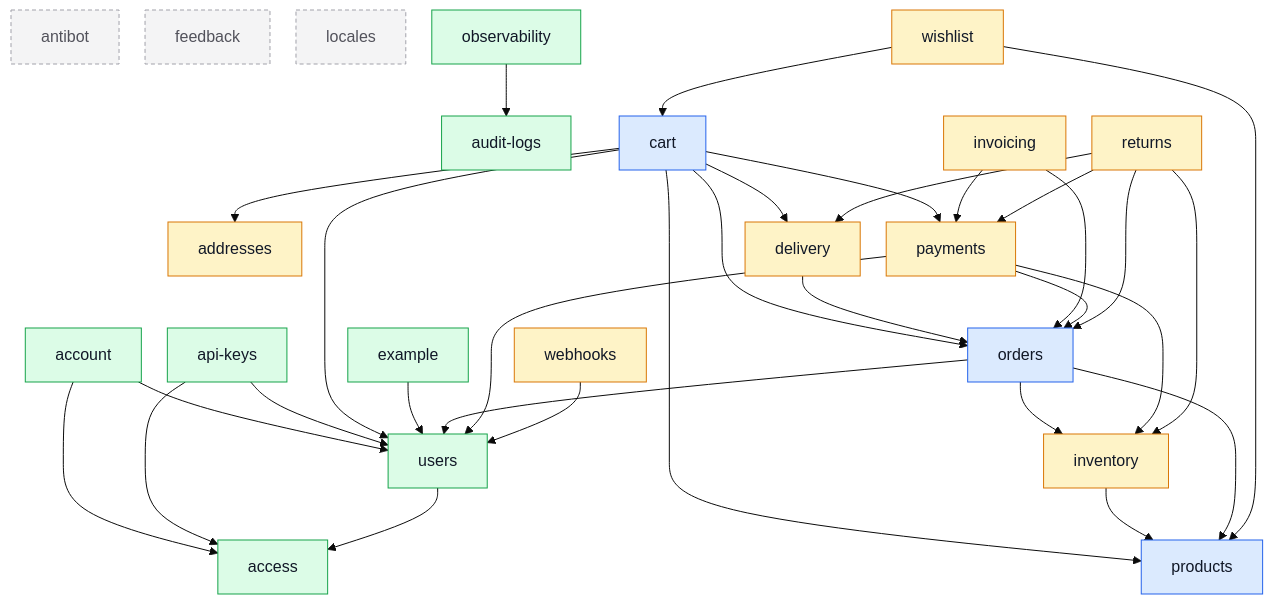
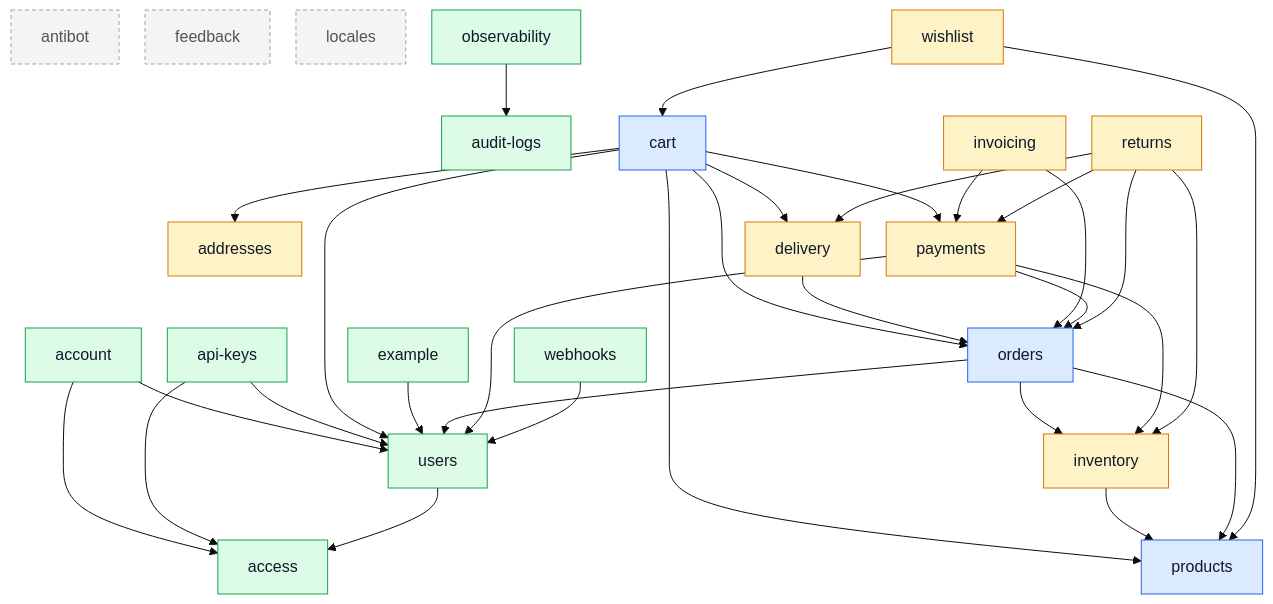
One commit to Guebbit/boilerplate-node-backend changed the diagram in docs/modules/index.md. Above: the diagram before and after it, drawn with Mermaid (base theme). The commit also changed 4 other files, not shown here.

First line of the commit message:
docs(modules): file webhooks as generic and say the kernel is mongo-only

````diff
--- a/docs/modules/index.md
+++ b/docs/modules/index.md
@@ -40,65 +40,65 @@
 ```mermaid
 %%{init: {'flowchart': {'nodeSpacing': 26, 'rankSpacing': 52}}}%%
 flowchart TD
     access
     account
     addresses
     antibot
     api_keys["api-keys"]
     audit_logs["audit-logs"]
     cart
     delivery
     example
     feedback
     inventory
     invoicing
     locales
     observability
     orders
     payments
     products
     returns
     users
     webhooks
     wishlist
 
     account --> access
     account --> users
     api_keys --> access
     api_keys --> users
     cart --> addresses
     cart --> delivery
     cart --> orders
     cart --> payments
     cart --> products
     cart --> users
     delivery --> orders
     example --> users
     inventory --> products
     invoicing --> orders
     invoicing --> payments
     observability --> audit_logs
     orders --> inventory
     orders --> products
     orders --> users
     payments --> inventory
     payments --> orders
     payments --> users
     returns --> delivery
     returns --> inventory
     returns --> orders
     returns --> payments
     users --> access
     webhooks --> users
     wishlist --> cart
     wishlist --> products
 
     classDef core fill:#dbeafe,stroke:#2563eb,color:#111827;
     classDef supporting fill:#fef3c7,stroke:#d97706,color:#111827;
     classDef generic fill:#dcfce7,stroke:#16a34a,color:#111827;
     classDef isolated fill:#f4f4f5,stroke:#a1a1aa,color:#52525b,stroke-dasharray:4 3;
     class cart,orders,products core;
-    class addresses,delivery,inventory,invoicing,payments,returns,webhooks,wishlist supporting;
-    class access,account,api_keys,audit_logs,example,observability,users generic;
+    class addresses,delivery,inventory,invoicing,payments,returns,wishlist supporting;
+    class access,account,api_keys,audit_logs,example,observability,users,webhooks generic;
     class antibot,feedback,locales isolated;
 ```
````
